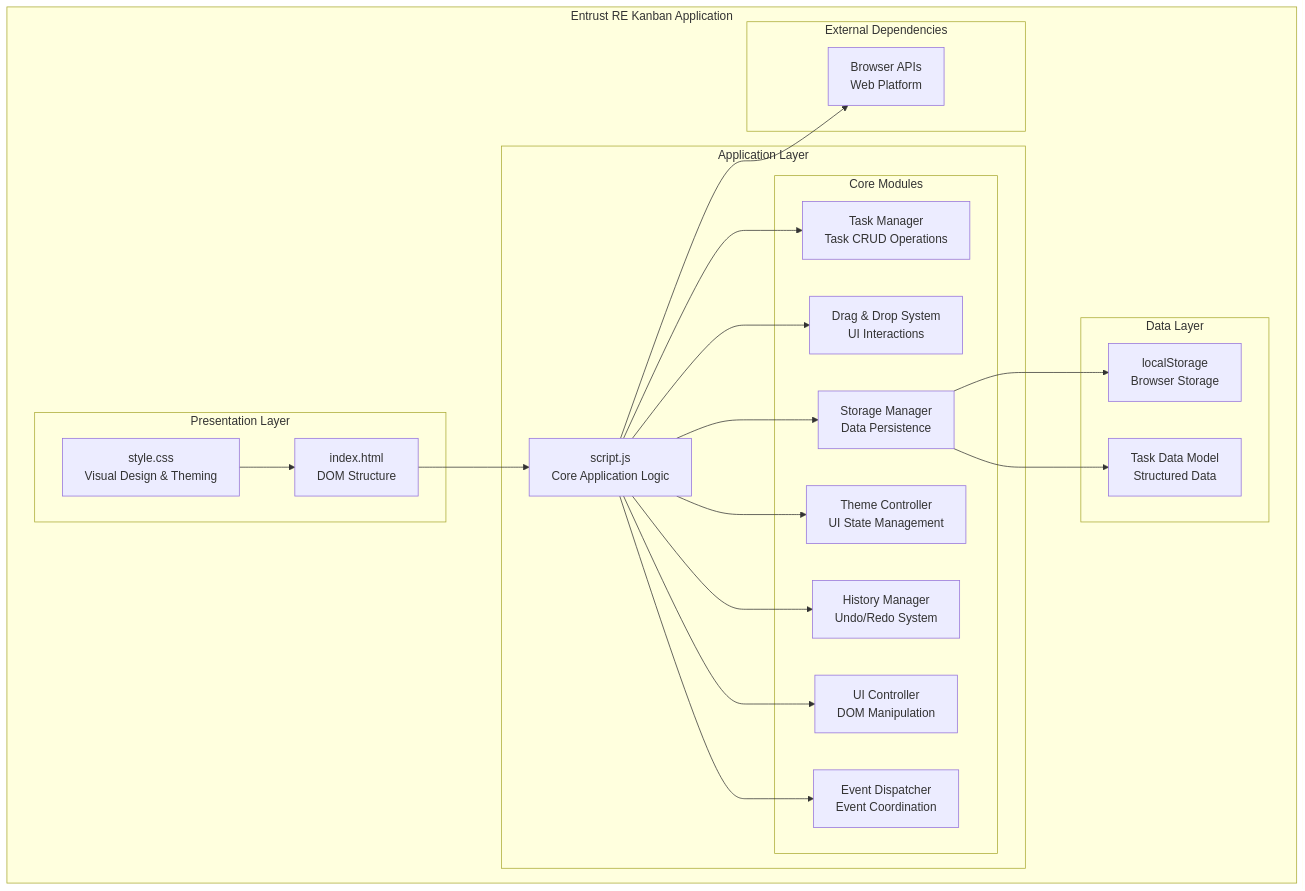
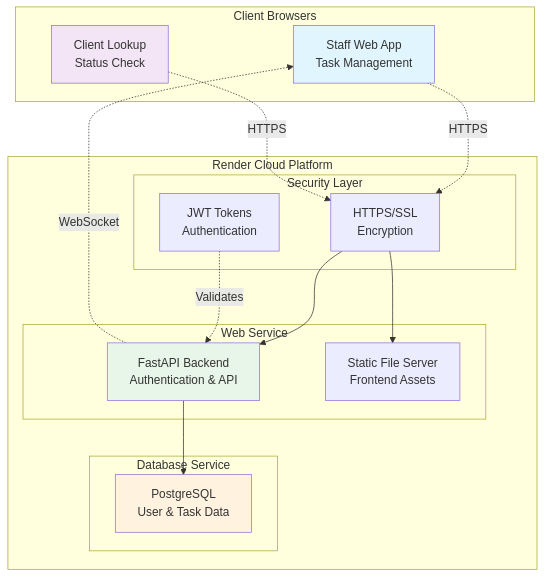
Before and after one commit to dnhuang/teg-tms: the first of 6 diagrams in ARCHITECTURE.md, drawn with Mermaid. The commit also changed other lines of this file and 1 other file, not shown here.

Commit message:
update README and ARCHITECTURE docs

````diff
--- a/ARCHITECTURE.md
+++ b/ARCHITECTURE.md
@@ -44,45 +41,36 @@
 ```mermaid
 graph TB
-    subgraph "Entrust RE Kanban Application"
-        subgraph "Presentation Layer"
-            A[index.html<br/>DOM Structure] 
-            B[style.css<br/>Visual Design & Theming]
+    subgraph "Client Browsers"
+        A[Staff Web App<br/>Task Management]
+        B[Client Lookup<br/>Status Check]
+    end
+    
+    subgraph "Render Cloud Platform"
+        subgraph "Web Service"
+            C[FastAPI Backend<br/>Authentication & API]
+            D[Static File Server<br/>Frontend Assets]
         end
         
-        subgraph "Application Layer"
-            C[script.js<br/>Core Application Logic]
-            
-            subgraph "Core Modules"
-                D[Task Manager<br/>Task CRUD Operations]
-                E[Drag & Drop System<br/>UI Interactions] 
-                F[Storage Manager<br/>Data Persistence]
-                G[Theme Controller<br/>UI State Management]
-                H[History Manager<br/>Undo/Redo System]
-                I[UI Controller<br/>DOM Manipulation]
-                J[Event Dispatcher<br/>Event Coordination]
-            end
+        subgraph "Database Service"
+            E[PostgreSQL<br/>User & Task Data]
         end
         
-        subgraph "Data Layer"
-            K[localStorage<br/>Browser Storage]
-            L[Task Data Model<br/>Structured Data]
-        end
-        
-        subgraph "External Dependencies"
-            M[Browser APIs<br/>Web Platform]
+        subgraph "Security Layer"
+            F[HTTPS/SSL<br/>Encryption]
+            G[JWT Tokens<br/>Authentication]
         end
     end
     
-    A --> C
-    B --> A
-    C --> D
+    A -.->|HTTPS| F
+    B -.->|HTTPS| F
+    F --> C
+    F --> D
     C --> E
-    C --> F
-    C --> G
-    C --> H
-    C --> I
-    C --> J
-    F --> K
-    F --> L
-    C --> M
+    C -.->|WebSocket| A
+    G -.->|Validates| C
+    
+    style A fill:#e1f5fe
+    style B fill:#f3e5f5
+    style C fill:#e8f5e9
+    style E fill:#fff3e0
 ```
````
